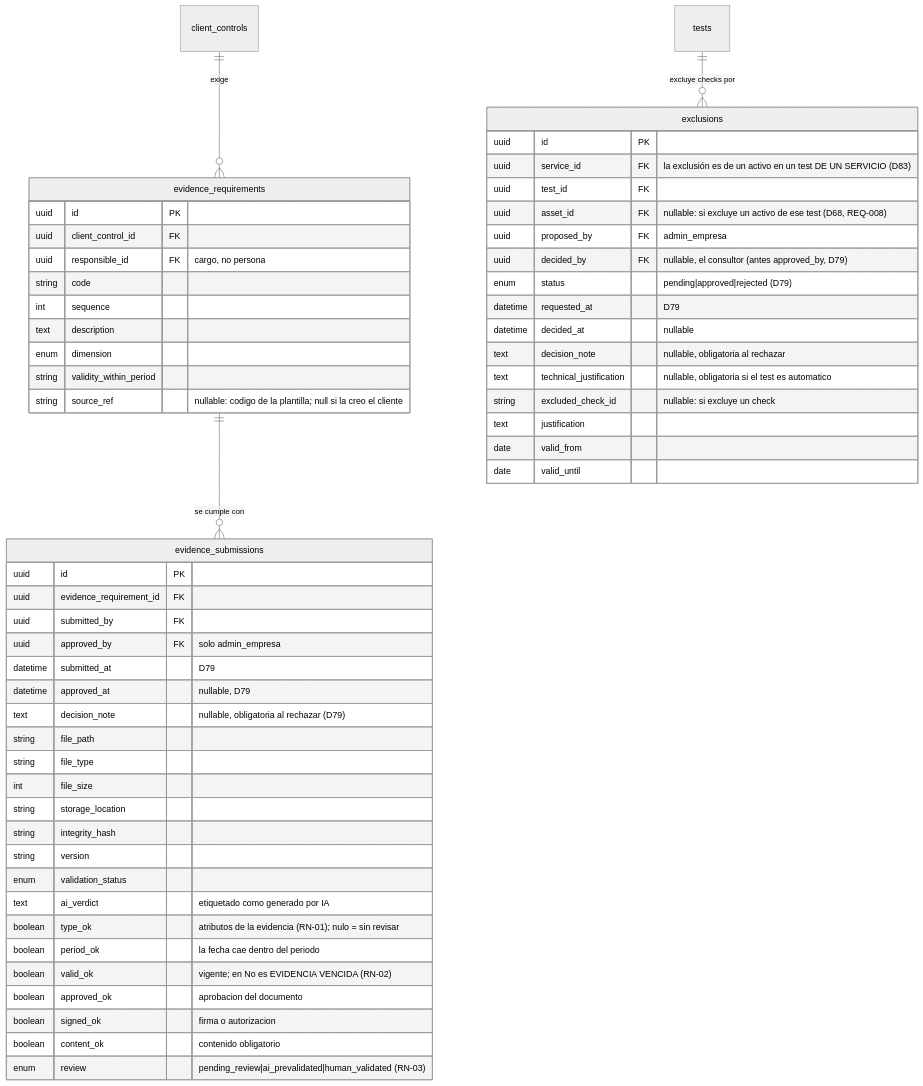
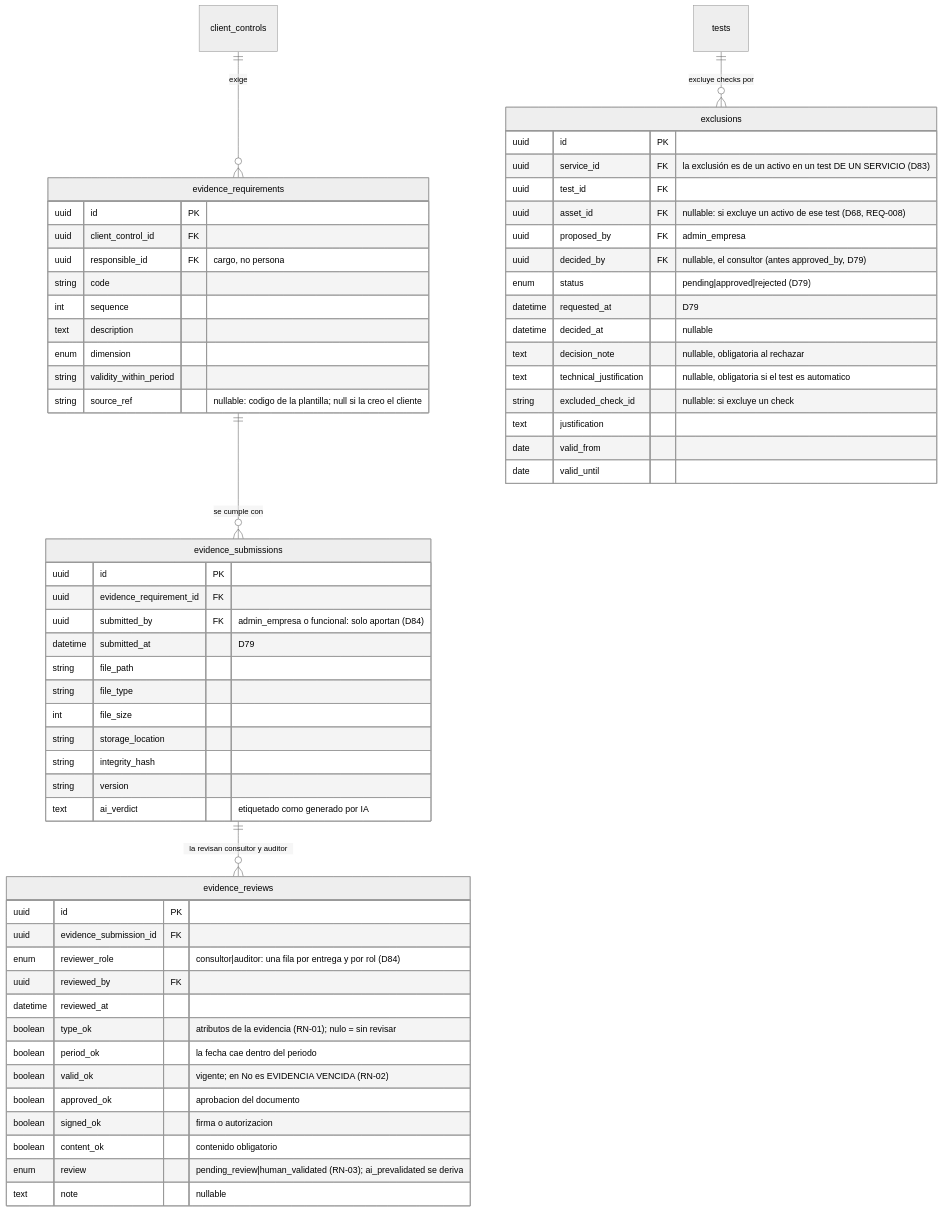
One commit to Monkey-GRC/Monkey-Brain-IA changed the third of 6 diagrams in skills/product/monkey-compliance-council/references/datos/modelo/07-cumplimiento.md. Above: the diagram before and after it, drawn with Mermaid (neutral theme). The commit also changed other lines of this file and 15 other files, not shown here.

Commit message:
docs(brain): the company only provides evidence, consultant and auditor review it separately (D84), test verdicts are per service (D85), and close the compliance endpoint contracts (MD-108)

````diff
--- a/skills/product/monkey-compliance-council/references/datos/modelo/07-cumplimiento.md
+++ b/skills/product/monkey-compliance-council/references/datos/modelo/07-cumplimiento.md
@@ -230,58 +230,63 @@
 ```mermaid
 erDiagram
     evidence_requirements {
         uuid id PK
         uuid client_control_id FK
         uuid responsible_id FK "cargo, no persona"
         string code
         int sequence
         text description
         enum dimension
         string validity_within_period
         string source_ref "nullable: codigo de la plantilla; null si la creo el cliente"
     }
     evidence_submissions {
         uuid id PK
         uuid evidence_requirement_id FK
-        uuid submitted_by FK
-        uuid approved_by FK "solo admin_empresa"
+        uuid submitted_by FK "admin_empresa o funcional: solo aportan (D84)"
         datetime submitted_at "D79"
-        datetime approved_at "nullable, D79"
-        text decision_note "nullable, obligatoria al rechazar (D79)"
         string file_path
         string file_type
         int file_size
         string storage_location
         string integrity_hash
         string version
-        enum validation_status
         text ai_verdict "etiquetado como generado por IA"
+    }
+    evidence_reviews {
+        uuid id PK
+        uuid evidence_submission_id FK
+        enum reviewer_role "consultor|auditor: una fila por entrega y por rol (D84)"
+        uuid reviewed_by FK
+        datetime reviewed_at
         boolean type_ok "atributos de la evidencia (RN-01); nulo = sin revisar"
         boolean period_ok "la fecha cae dentro del periodo"
         boolean valid_ok "vigente; en No es EVIDENCIA VENCIDA (RN-02)"
         boolean approved_ok "aprobacion del documento"
         boolean signed_ok "firma o autorizacion"
         boolean content_ok "contenido obligatorio"
-        enum review "pending_review|ai_prevalidated|human_validated (RN-03)"
+        enum review "pending_review|human_validated (RN-03); ai_prevalidated se deriva"
+        text note "nullable"
     }
     exclusions {
         uuid id PK
         uuid service_id FK "la exclusión es de un activo en un test DE UN SERVICIO (D83)"
         uuid test_id FK
         uuid asset_id FK "nullable: si excluye un activo de ese test (D68, REQ-008)"
         uuid proposed_by FK "admin_empresa"
         uuid decided_by FK "nullable, el consultor (antes approved_by, D79)"
         enum status "pending|approved|rejected (D79)"
         datetime requested_at "D79"
         datetime decided_at "nullable"
         text decision_note "nullable, obligatoria al rechazar"
         text technical_justification "nullable, obligatoria si el test es automatico"
         string excluded_check_id "nullable: si excluye un check"
         text justification
         date valid_from
         date valid_until
     }
     client_controls ||--o{ evidence_requirements : "exige"
     evidence_requirements ||--o{ evidence_submissions : "se cumple con"
+    evidence_submissions ||--o{ evidence_reviews : "la revisan consultor y auditor"
     tests ||--o{ exclusions : "excluye checks por"
 ```
````
